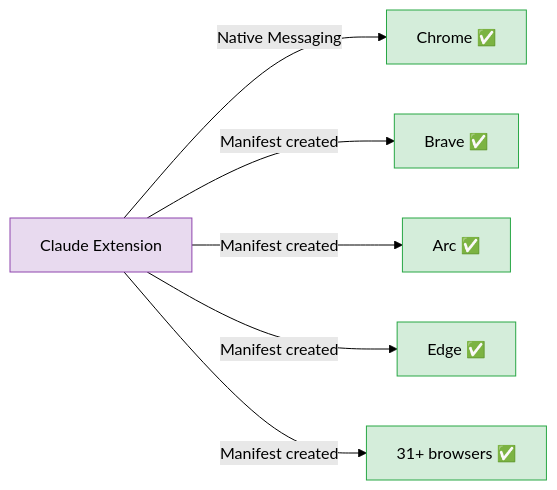
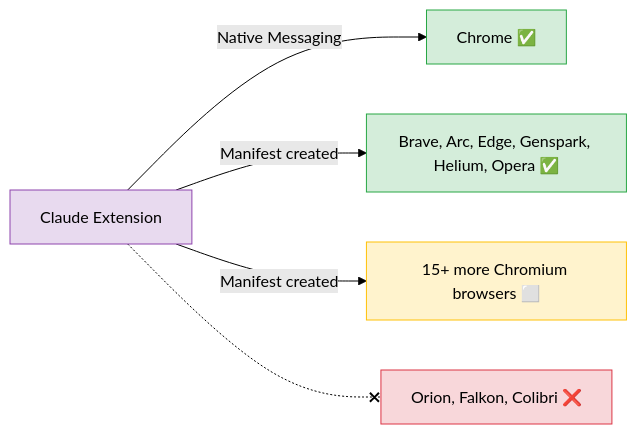
One commit to stolot0mt0m/claude-chromium-native-messaging changed the second of 4 diagrams in README.md. Above: the diagram before and after it, drawn with Mermaid (forest theme). The commit also changed other lines of this file, not shown here.

````diff
--- a/README.md
+++ b/README.md
@@ -133,15 +135,13 @@
 ```mermaid
 graph LR
     EXT["Claude Extension"] -->|"Native Messaging"| CHROME["Chrome ✅"]
-    EXT -->|"Manifest created"| BRAVE["Brave ✅"]
-    EXT -->|"Manifest created"| ARC["Arc ✅"]
-    EXT -->|"Manifest created"| EDGE["Edge ✅"]
-    EXT -->|"Manifest created"| MORE["31+ browsers ✅"]
+    EXT -->|"Manifest created"| CONFIRMED["Brave, Arc, Edge, Genspark, Helium, Opera ✅"]
+    EXT -->|"Manifest created"| UNCONFIRMED["15+ more Chromium browsers ⬜"]
+    EXT -.-x INCOMPAT["Orion, Falkon, Colibri ❌"]
 
     style CHROME fill:#d4edda,stroke:#28a745,color:#000
-    style BRAVE fill:#d4edda,stroke:#28a745,color:#000
-    style ARC fill:#d4edda,stroke:#28a745,color:#000
-    style EDGE fill:#d4edda,stroke:#28a745,color:#000
-    style MORE fill:#d4edda,stroke:#28a745,color:#000
+    style CONFIRMED fill:#d4edda,stroke:#28a745,color:#000
+    style UNCONFIRMED fill:#fff3cd,stroke:#ffc107,color:#000
+    style INCOMPAT fill:#f8d7da,stroke:#dc3545,color:#000
     style EXT fill:#e8daef,stroke:#8e44ad,color:#000
 ```
````
